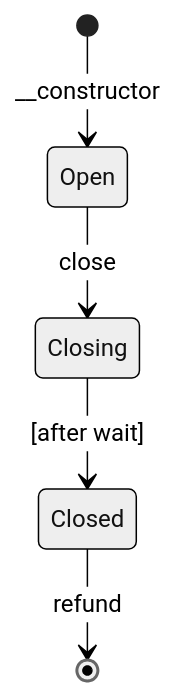
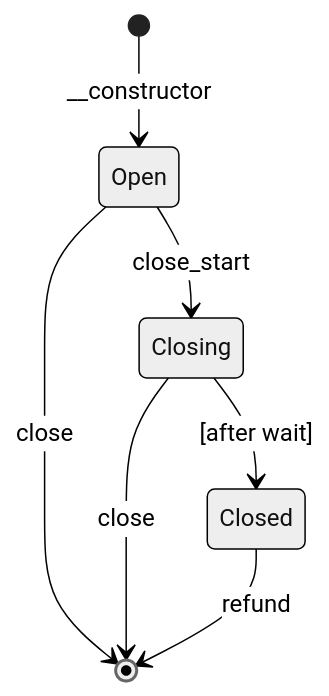
One commit to stellar-experimental/one-way-channel changed the diagram in README.md. Above: the diagram before and after it, drawn with Mermaid (neutral theme). The commit also changed other lines of this file and 47 other files, not shown here.

````diff
--- a/README.md
+++ b/README.md
@@ -41,7 +41,9 @@
 ```mermaid
 stateDiagram-v2
     [*] --> Open: __constructor
-    Open --> Closing: close
+    Open --> [*]: close
+    Open --> Closing: close_start
+    Closing --> [*]: close
     Closing --> Closed: [after wait]
     Closed --> [*]: refund
 ```
````
